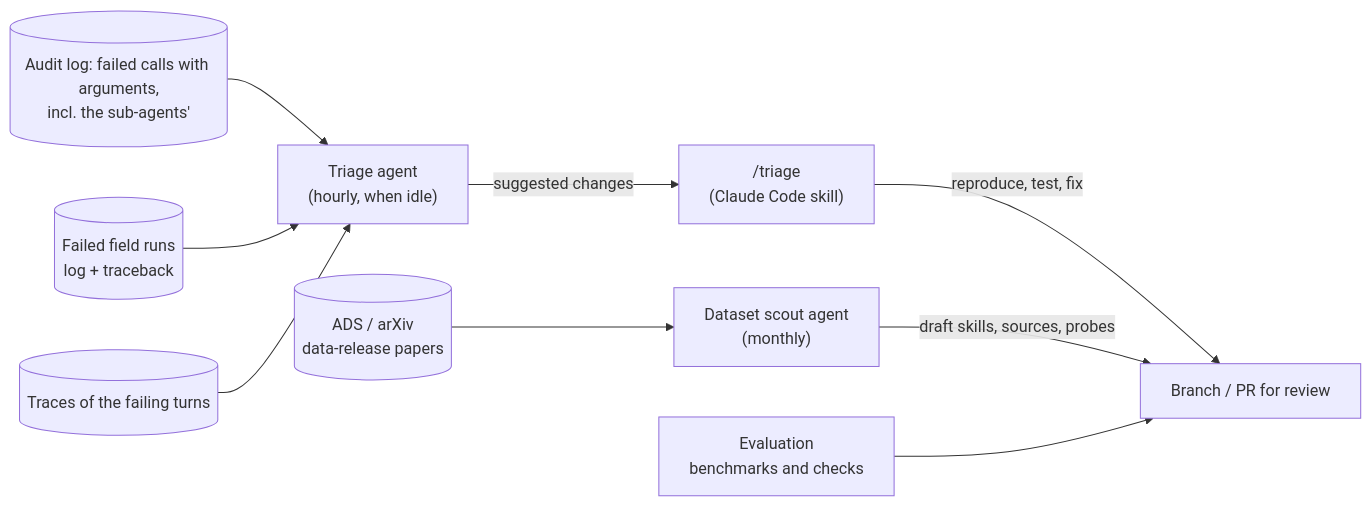
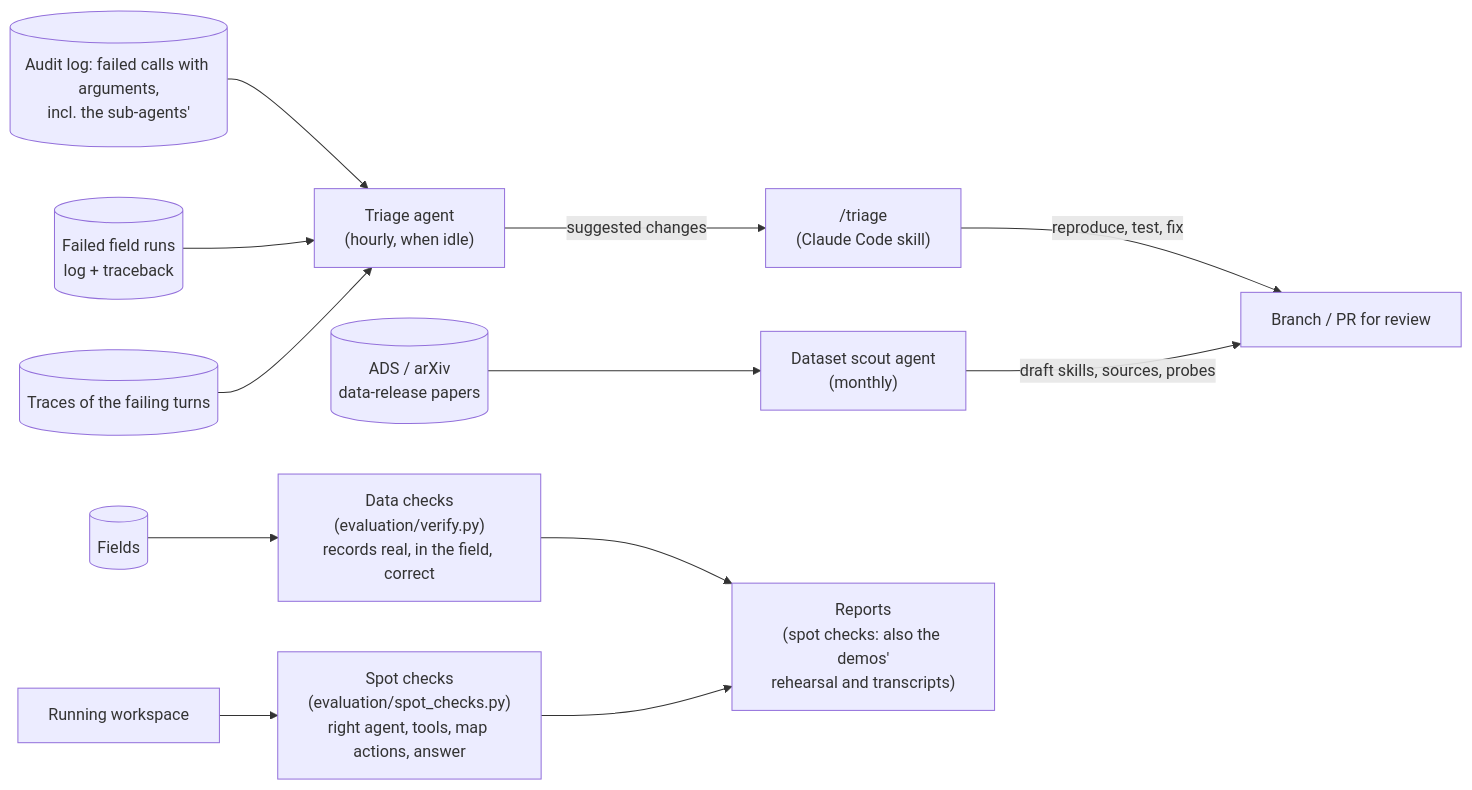
Before and after one commit to KevinMcK95/scoop: the third of 4 diagrams in README.md, drawn with Mermaid. The commit also changed other lines of this file, not shown here.

Commit message:
README: freshness in the workspace diagram; data checks and spot checks in evaluation

````diff
--- a/README.md
+++ b/README.md
@@ -444,11 +451,14 @@
 ```mermaid
 flowchart LR
     A[("Audit log: failed calls with arguments,<br/>incl. the sub-agents'")] --> TA["Triage agent<br/>(hourly, when idle)"]
     R[("Failed field runs<br/>log + traceback")] --> TA
     TRC[("Traces of the failing turns")] --> TA
     TA -->|"suggested changes"| T["/triage<br/>(Claude Code skill)"]
     T -->|"reproduce, test, fix"| B["Branch / PR for review"]
     ADS[("ADS / arXiv<br/>data-release papers")] --> SC["Dataset scout agent<br/>(monthly)"]
     SC -->|"draft skills, sources, probes"| B
-    E["Evaluation<br/>benchmarks and checks"] --> B
+    FLD[("Fields")] --> DC["Data checks<br/>(evaluation/verify.py)<br/>records real, in the field, correct"]
+    SRV["Running workspace"] --> SPC["Spot checks<br/>(evaluation/spot_checks.py)<br/>right agent, tools, map actions, answer"]
+    DC --> REP["Reports<br/>(spot checks: also the demos'<br/>rehearsal and transcripts)"]
+    SPC --> REP
 ```
````
